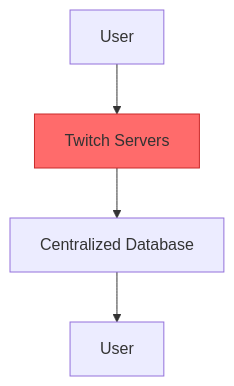
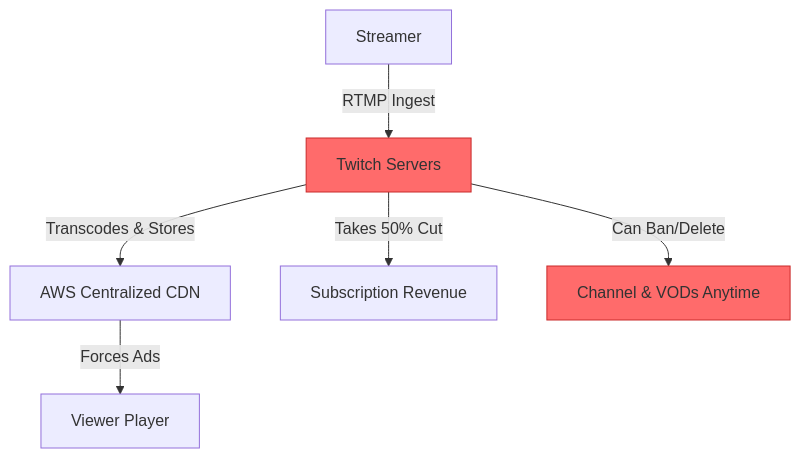
One commit to Elvatar2/Web2-To-Web3-Migration-Guide changed the first of 2 diagrams in 02-content-streaming/03-twitch-to-theta.md. Above: the diagram before and after it, drawn with Mermaid. The commit also changed other lines of this file, not shown here.

````diff
--- a/02-content-streaming/03-twitch-to-theta.md
+++ b/02-content-streaming/03-twitch-to-theta.md
@@ -52,8 +62,11 @@
 ```mermaid
 graph TB
-    A[User] --> B[Twitch Servers]
-    B --> C[Centralized Database]
-    C --> D[User]
+    A[Streamer] -->|RTMP Ingest| B[Twitch Servers]
+    B -->|Transcodes & Stores| C[AWS Centralized CDN]
+    C -->|Forces Ads| D[Viewer Player]
+    B -->|Takes 50% Cut| E[Subscription Revenue]
+    B -->|Can Ban/Delete| F[Channel & VODs Anytime]
 
     style B fill:#ff6b6b,stroke:#c92a2a
+    style F fill:#ff6b6b,stroke:#c92a2a
 ```
````
